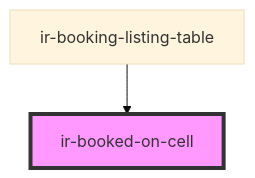
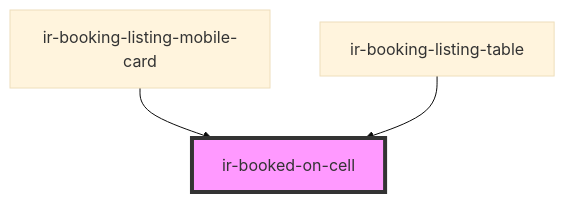
The diagram in src/components/table-cells/booking/ir-booked-on-cell/readme.md (David1Chowaifaty/modified-ir-webcmp), drawn with Mermaid (base theme) before and after one commit. The commit also changed other lines of this file and 69 other files, not shown here.

````diff
--- a/src/components/table-cells/booking/ir-booked-on-cell/readme.md
+++ b/src/components/table-cells/booking/ir-booked-on-cell/readme.md
@@ -22,5 +25,6 @@
 ```mermaid
 graph TD;
+  ir-booking-listing-mobile-card --> ir-booked-on-cell
   ir-booking-listing-table --> ir-booked-on-cell
   style ir-booked-on-cell fill:#f9f,stroke:#333,stroke-width:4px
 ```
````
